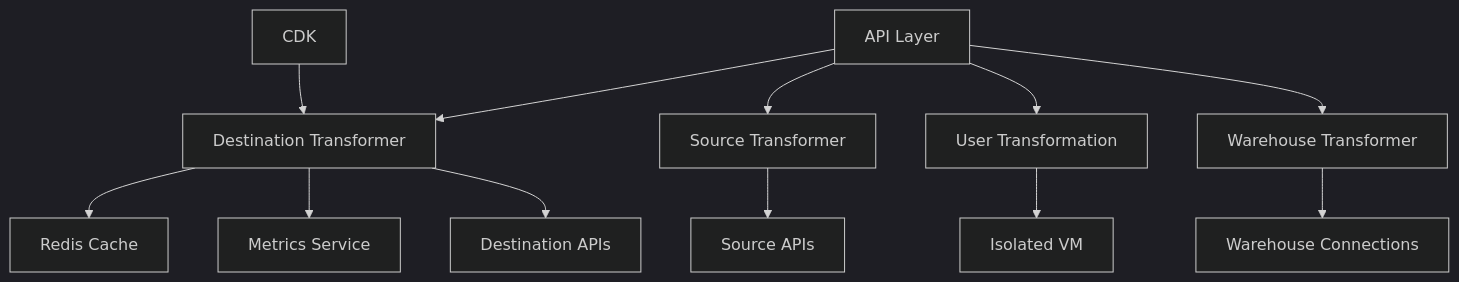
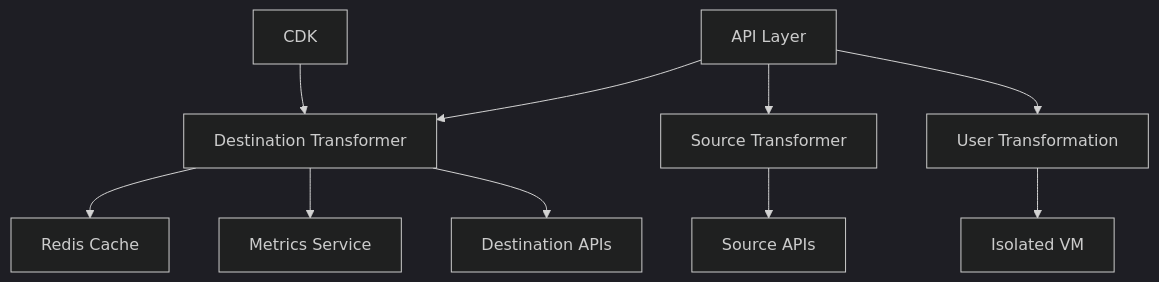
Before and after one commit to rudderlabs/rudder-transformer: the first of 2 diagrams in memory-bank/03_system_architecture.md, drawn with Mermaid (dark theme). The commit also changed other lines of this file and 70 other files, not shown here.

````diff
--- a/memory-bank/03_system_architecture.md
+++ b/memory-bank/03_system_architecture.md
@@ -95,14 +84,12 @@
 ```mermaid
 graph TD
     A[API Layer] --> B[Destination Transformer]
     A --> C[Source Transformer]
     A --> D[User Transformation]
-    A --> E[Warehouse Transformer]
     B --> F[Redis Cache]
     B --> G[Metrics Service]
     H[CDK] --> B
     B --> I[Destination APIs]
     C --> J[Source APIs]
     D --> K[Isolated VM]
-    E --> L[Warehouse Connections]
 ```
````
